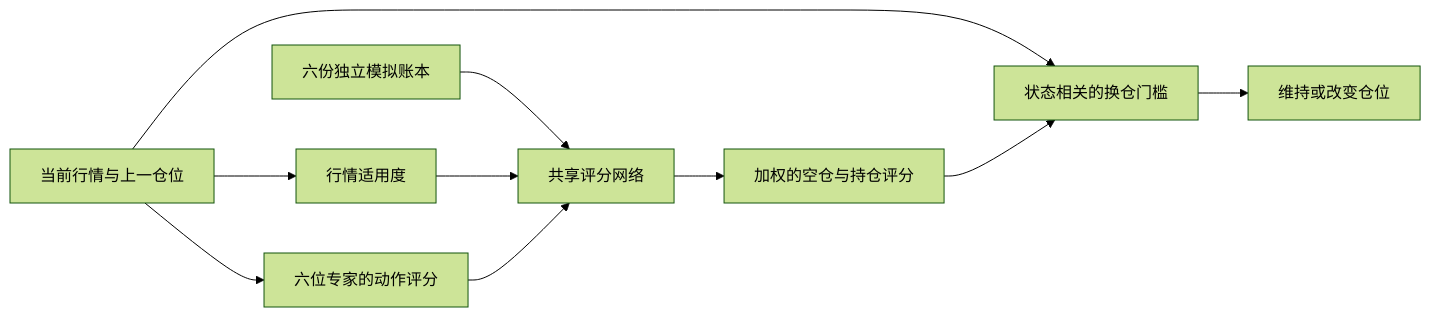
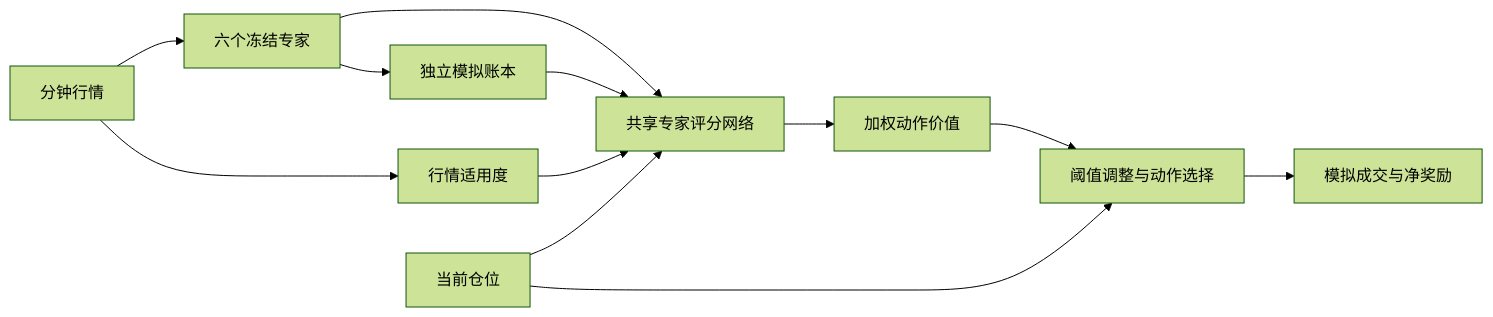
Before and after one commit to Yamila56/eth-expert-routing: the diagram in README.md, drawn with Mermaid (forest theme). The commit also changed other lines of this file and 1 other file, not shown here.

````diff
--- a/README.md
+++ b/README.md
@@ -7,12 +47,14 @@
 ```mermaid
 flowchart LR
-    A[当前行情与上一仓位] --> B[六位专家的动作评分]
-    A --> C[行情适用度]
-    D[六份独立模拟账本] --> E[共享评分网络]
-    C --> E
-    B --> E
-    E --> F[加权的空仓与持仓评分]
-    A --> G[状态相关的换仓门槛]
-    F --> G
-    G --> H[维持或改变仓位]
+    M[分钟行情] --> X[六个冻结专家]
+    M --> C[行情适用度]
+    X --> L[独立模拟账本]
+    X --> R[共享专家评分网络]
+    L --> R
+    C --> R
+    P[当前仓位] --> R
+    R --> Q[加权动作价值]
+    Q --> T[阈值调整与动作选择]
+    P --> T
+    T --> E[模拟成交与净奖励]
 ```
````
